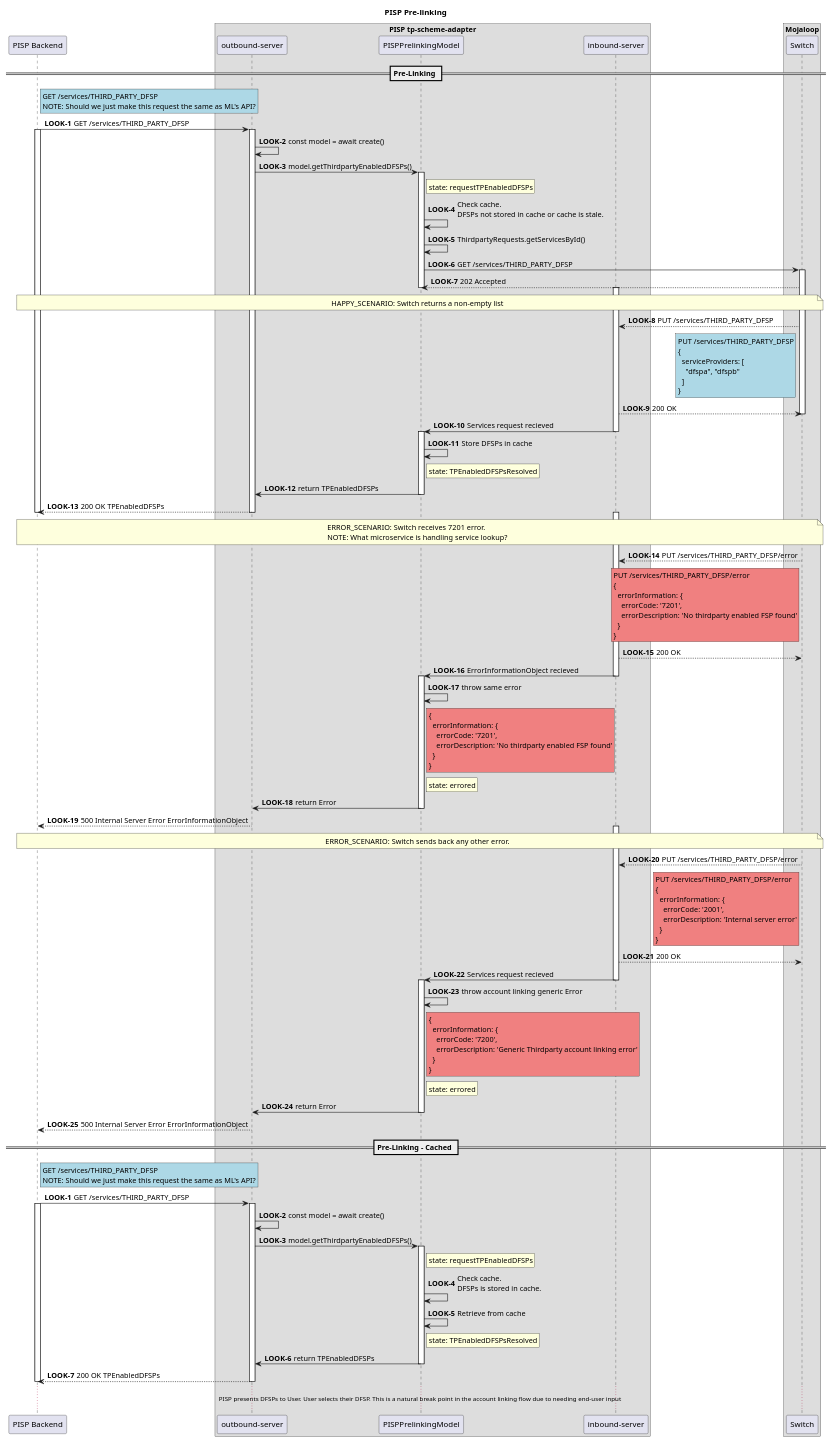
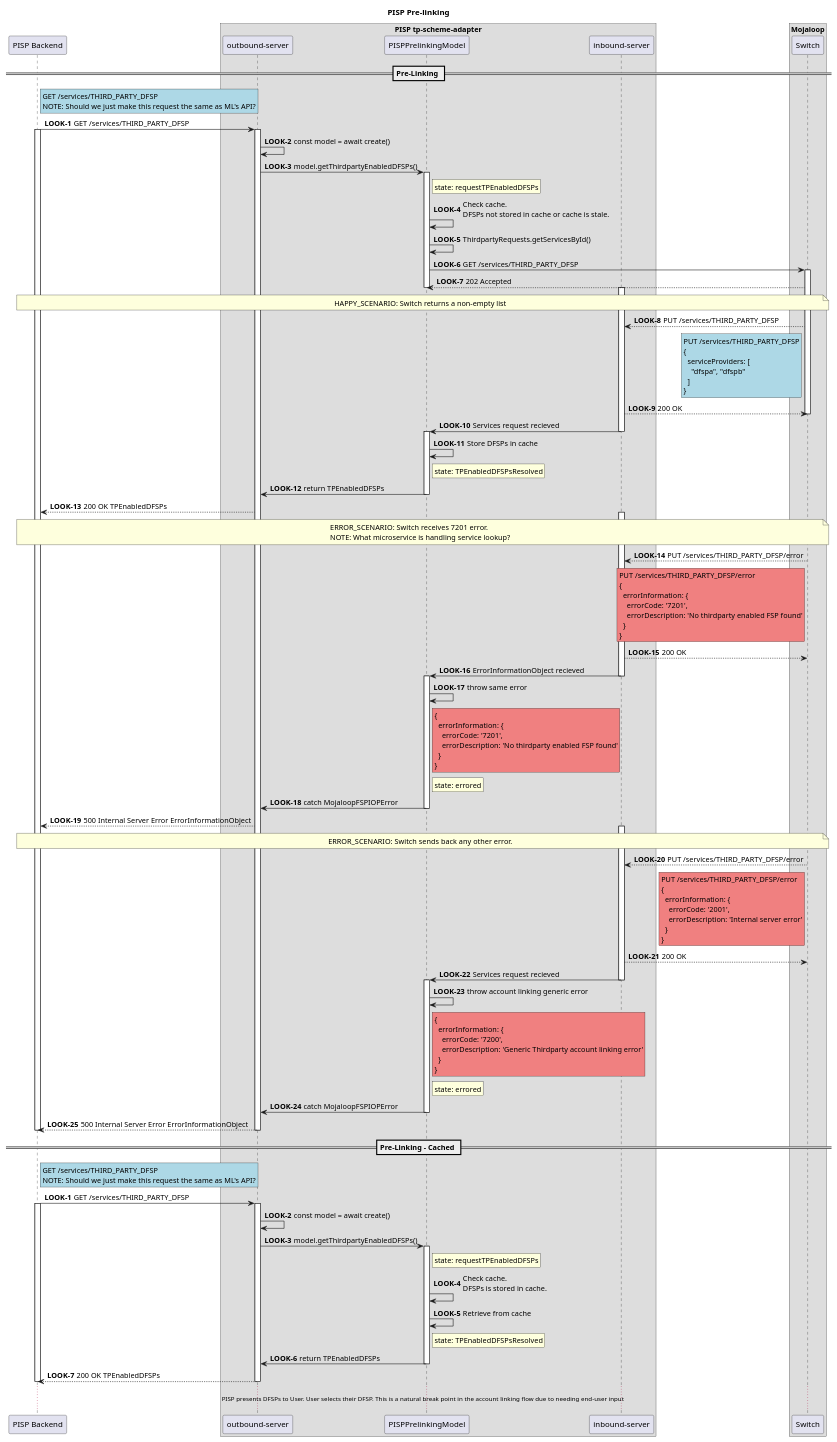
One commit to mojaloop/thirdparty-sdk changed the diagram in docs/sequence/PISPPrelinkingApi.puml. Above: the diagram before and after it, drawn with PlantUML. The commit also changed 1 other file, not shown here.

```diff
--- a/docs/sequence/PISPPrelinkingApi.puml
+++ b/docs/sequence/PISPPrelinkingApi.puml
@@ -1,197 +1,192 @@
 @startuml
 
 title PISP Pre-linking
 
 participant "PISP Backend" as PISP
 box "PISP tp-scheme-adapter"
   participant "outbound-server" as PISP_TP_OUT
   participant "PISPPrelinkingModel" as PISP_PLM
   participant "inbound-server" as PISP_TP_IN
 end box
 box "Mojaloop"
     participant Switch
 end box
 
 == Pre-Linking ==
 autonumber 1 "<b>LOOK-#</b>"
 rnote right of PISP #LightBlue
 GET /services/THIRD_PARTY_DFSP
 NOTE: Should we just make this request the same as ML's API?
 end note
 
 PISP -> PISP_TP_OUT: GET /services/THIRD_PARTY_DFSP
 
 activate PISP
 activate PISP_TP_OUT
 
 PISP_TP_OUT -> PISP_TP_OUT: const model = await create()
 PISP_TP_OUT -> PISP_PLM: model.getThirdpartyEnabledDFSPs()
 
 activate PISP_PLM
 
 rnote right of PISP_PLM: state: requestTPEnabledDFSPs
 PISP_PLM -> PISP_PLM: Check cache.\nDFSPs not stored in cache or cache is stale.
 PISP_PLM -> PISP_PLM: ThirdpartyRequests.getServicesById()
 PISP_PLM -> Switch: GET /services/THIRD_PARTY_DFSP
 
 activate Switch
 Switch --> PISP_PLM: 202 Accepted
 deactivate PISP_PLM
 
 note over PISP, Switch
   HAPPY_SCENARIO: Switch returns a non-empty list
 end note
 
 activate PISP_TP_IN
 
 Switch --> PISP_TP_IN: PUT /services/THIRD_PARTY_DFSP
 rnote left of Switch #LightBlue
 PUT /services/THIRD_PARTY_DFSP
 {
   serviceProviders: [
     "dfspa", "dfspb"
   ]
 }
 end note
 PISP_TP_IN --> Switch: 200 OK
 
 deactivate Switch
 
 PISP_TP_IN -> PISP_PLM: Services request recieved
 
 deactivate PISP_TP_IN
 activate PISP_PLM
 
 PISP_PLM -> PISP_PLM: Store DFSPs in cache
 rnote right of PISP_PLM: state: TPEnabledDFSPsResolved
 PISP_PLM -> PISP_TP_OUT: return TPEnabledDFSPs
 
 deactivate PISP_PLM
 
 PISP_TP_OUT --> PISP: 200 OK TPEnabledDFSPs
 
-deactivate PISP_TP_OUT
-deactivate PISP
-
 note over PISP, Switch
   ERROR_SCENARIO: Switch receives 7201 error.
   NOTE: What microservice is handling service lookup?
 end note
 
 activate PISP_TP_IN
 
 Switch --> PISP_TP_IN: PUT /services/THIRD_PARTY_DFSP/error
 rnote left of Switch #LightCoral
 PUT /services/THIRD_PARTY_DFSP/error
 {
   errorInformation: {
     errorCode: '7201',
     errorDescription: 'No thirdparty enabled FSP found'
   }
 }
 end note
 PISP_TP_IN --> Switch: 200 OK
 
 deactivate Switch
 
 PISP_TP_IN -> PISP_PLM: ErrorInformationObject recieved
 
 deactivate PISP_TP_IN
 activate PISP_PLM
 
 PISP_PLM -> PISP_PLM: throw same error
 rnote right of PISP_PLM #LightCoral
 {
   errorInformation: {
     errorCode: '7201',
     errorDescription: 'No thirdparty enabled FSP found'
   }
 }
 end note
 rnote right of PISP_PLM: state: errored
-PISP_PLM -> PISP_TP_OUT: return Error
+PISP_PLM -> PISP_TP_OUT: catch MojaloopFSPIOPError
 
 deactivate PISP_PLM
 
 PISP_TP_OUT --> PISP: 500 Internal Server Error ErrorInformationObject
 
-deactivate PISP_TP_OUT
-deactivate PISP
 
 note over PISP, Switch
   ERROR_SCENARIO: Switch sends back any other error.
 end note
 
 activate PISP_TP_IN
 
 Switch --> PISP_TP_IN: PUT /services/THIRD_PARTY_DFSP/error
 rnote left of Switch #LightCoral
 PUT /services/THIRD_PARTY_DFSP/error
 {
   errorInformation: {
     errorCode: '2001',
     errorDescription: 'Internal server error'
   }
 }
 end note
 PISP_TP_IN --> Switch: 200 OK
 
 deactivate Switch
 
 PISP_TP_IN -> PISP_PLM: Services request recieved
 
 deactivate PISP_TP_IN
 activate PISP_PLM
 
-PISP_PLM -> PISP_PLM: throw account linking generic Error
+PISP_PLM -> PISP_PLM: throw account linking generic error
 rnote right of PISP_PLM #LightCoral
 {
   errorInformation: {
     errorCode: '7200',
     errorDescription: 'Generic Thirdparty account linking error'
   }
 }
 end note
 rnote right of PISP_PLM: state: errored
-PISP_PLM -> PISP_TP_OUT: return Error
+PISP_PLM -> PISP_TP_OUT: catch MojaloopFSPIOPError
 
 deactivate PISP_PLM
 
 PISP_TP_OUT --> PISP: 500 Internal Server Error ErrorInformationObject
 
 deactivate PISP_TP_OUT
 deactivate PISP
 
 == Pre-Linking - Cached ==
 autonumber 1 "<b>LOOK-#</b>"
 rnote right of PISP #LightBlue
 GET /services/THIRD_PARTY_DFSP
 NOTE: Should we just make this request the same as ML's API?
 end note
 
 PISP -> PISP_TP_OUT: GET /services/THIRD_PARTY_DFSP
 
 activate PISP
 activate PISP_TP_OUT
 
 PISP_TP_OUT -> PISP_TP_OUT: const model = await create()
 PISP_TP_OUT -> PISP_PLM: model.getThirdpartyEnabledDFSPs()
 
 activate PISP_PLM
 
 rnote right of PISP_PLM: state: requestTPEnabledDFSPs
 PISP_PLM -> PISP_PLM: Check cache.\nDFSPs is stored in cache.
 PISP_PLM -> PISP_PLM: Retrieve from cache
 rnote right of PISP_PLM: state: TPEnabledDFSPsResolved
 PISP_PLM -> PISP_TP_OUT: return TPEnabledDFSPs
 
 deactivate PISP_PLM
 
 PISP_TP_OUT --> PISP: 200 OK TPEnabledDFSPs
 
 deactivate PISP_TP_OUT
 deactivate PISP
 
 ...PISP presents DFSPs to User. User selects their DFSP. This is a natural break point in the account linking flow due to needing end-user input...
 
 @enduml
```
